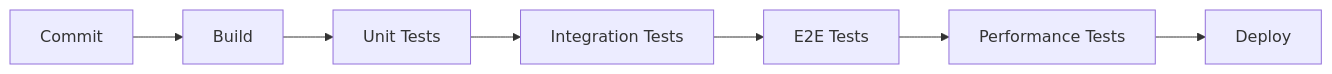
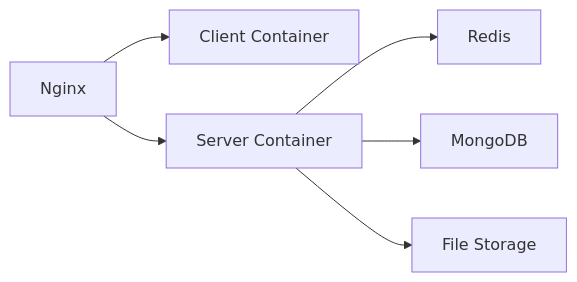
One commit to vcb88/ctorgame changed the eighth of 8 diagrams in docs/ARCHITECTURE.md. Above: the diagram before and after it, drawn with Mermaid. The commit also changed other lines of this file and 1 other file, not shown here.

First line of the commit message:
docs: update architecture documentation and add setup guide

````diff
--- a/docs/ARCHITECTURE.md
+++ b/docs/ARCHITECTURE.md
@@ -279,9 +255,8 @@
 ```mermaid
 graph LR
-    A[Commit] --> B[Build]
-    B --> C[Unit Tests]
-    C --> D[Integration Tests]
-    D --> E[E2E Tests]
-    E --> F[Performance Tests]
-    F --> G[Deploy]
+    A[Nginx] --> B[Client Container]
+    A --> C[Server Container]
+    C --> D[Redis]
+    C --> E[MongoDB]
+    C --> F[File Storage]
 ```
````
